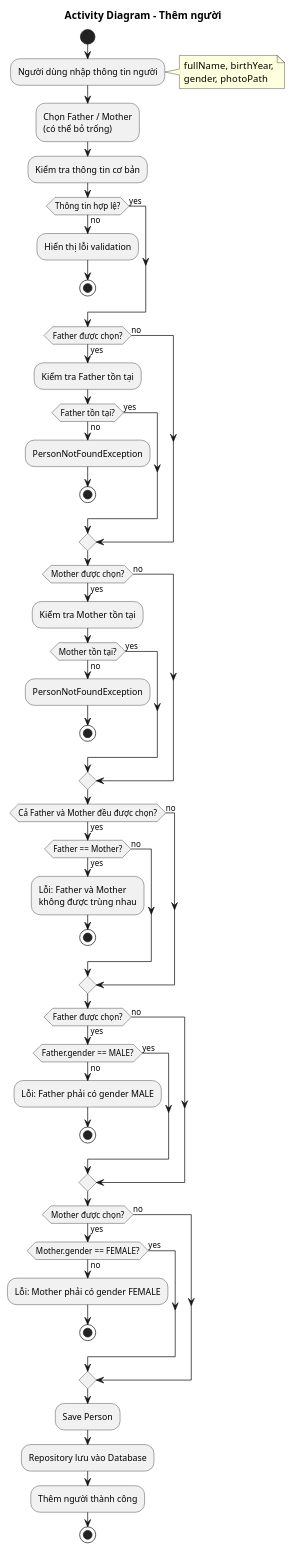
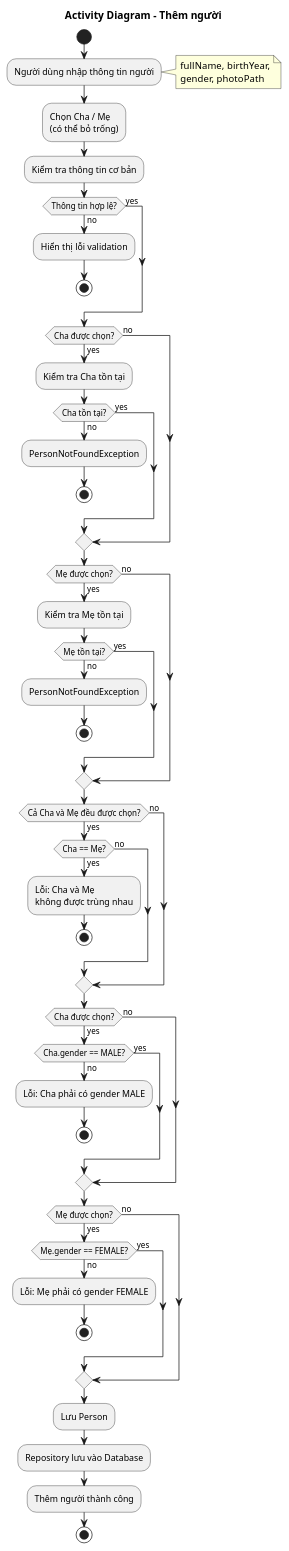
One commit to minhchien170704/do-an-gia-pha changed the diagram in docs/uml/activity-add-person.puml. Above: the diagram before and after it, drawn with PlantUML. The commit also changed 21 other files, not shown here.

First line of the commit message:
docs(uml): dịch toàn bộ sơ đồ sang tiếng Việt + bổ sung bộ test View Layer (#1)

```diff
--- a/docs/uml/activity-add-person.puml
+++ b/docs/uml/activity-add-person.puml
@@ -1,76 +1,76 @@
 @startuml activity-add-person
 
 title Activity Diagram - Thêm người
 
 start
 
 :Người dùng nhập thông tin người;
 note right
   fullName, birthYear,
   gender, photoPath
 end note
 
-:Chọn Father / Mother\n(có thể bỏ trống);
+:Chọn Cha / Mẹ\n(có thể bỏ trống);
 
 :Kiểm tra thông tin cơ bản;
 
 if (Thông tin hợp lệ?) then (yes)
 else (no)
   :Hiển thị lỗi validation;
   stop
 endif
 
-if (Father được chọn?) then (yes)
-  :Kiểm tra Father tồn tại;
-  if (Father tồn tại?) then (yes)
+if (Cha được chọn?) then (yes)
+  :Kiểm tra Cha tồn tại;
+  if (Cha tồn tại?) then (yes)
   else (no)
     :PersonNotFoundException;
     stop
   endif
 else (no)
 endif
 
-if (Mother được chọn?) then (yes)
-  :Kiểm tra Mother tồn tại;
-  if (Mother tồn tại?) then (yes)
+if (Mẹ được chọn?) then (yes)
+  :Kiểm tra Mẹ tồn tại;
+  if (Mẹ tồn tại?) then (yes)
   else (no)
     :PersonNotFoundException;
     stop
   endif
 else (no)
 endif
 
-if (Cả Father và Mother đều được chọn?) then (yes)
-  if (Father == Mother?) then (yes)
-    :Lỗi: Father và Mother\nkhông được trùng nhau;
+if (Cả Cha và Mẹ đều được chọn?) then (yes)
+  if (Cha == Mẹ?) then (yes)
+    :Lỗi: Cha và Mẹ\nkhông được trùng nhau;
     stop
   else (no)
   endif
 else (no)
 endif
 
-if (Father được chọn?) then (yes)
-  if (Father.gender == MALE?) then (yes)
+if (Cha được chọn?) then (yes)
+  if (Cha.gender == MALE?) then (yes)
   else (no)
-    :Lỗi: Father phải có gender MALE;
+    :Lỗi: Cha phải có gender MALE;
     stop
   endif
 else (no)
 endif
 
-if (Mother được chọn?) then (yes)
-  if (Mother.gender == FEMALE?) then (yes)
+if (Mẹ được chọn?) then (yes)
+  if (Mẹ.gender == FEMALE?) then (yes)
   else (no)
-    :Lỗi: Mother phải có gender FEMALE;
+    :Lỗi: Mẹ phải có gender FEMALE;
     stop
   endif
 else (no)
 endif
 
-:Save Person;
+:Lưu Person;
 :Repository lưu vào Database;
 :Thêm người thành công;
 
 stop
 
 @enduml
```
